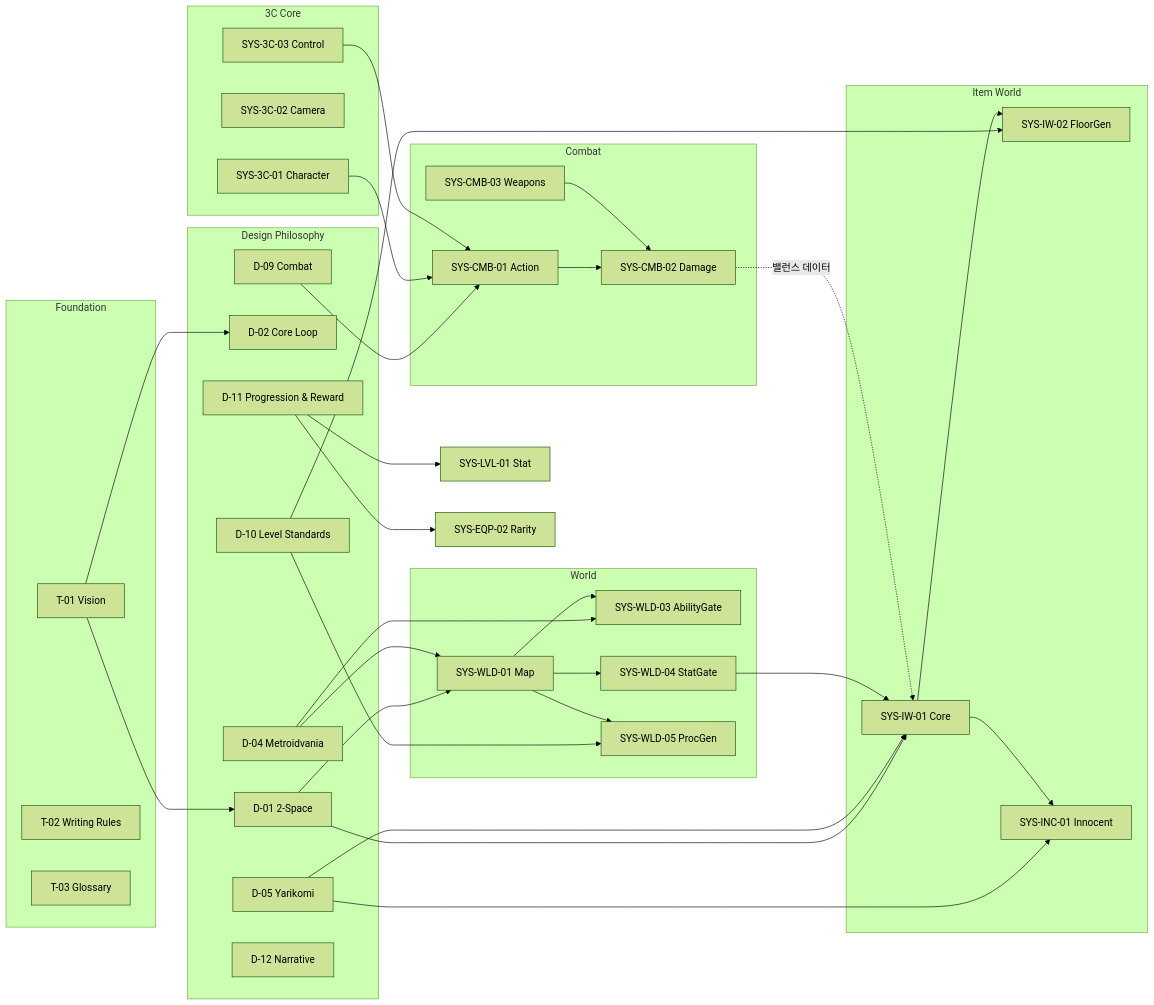
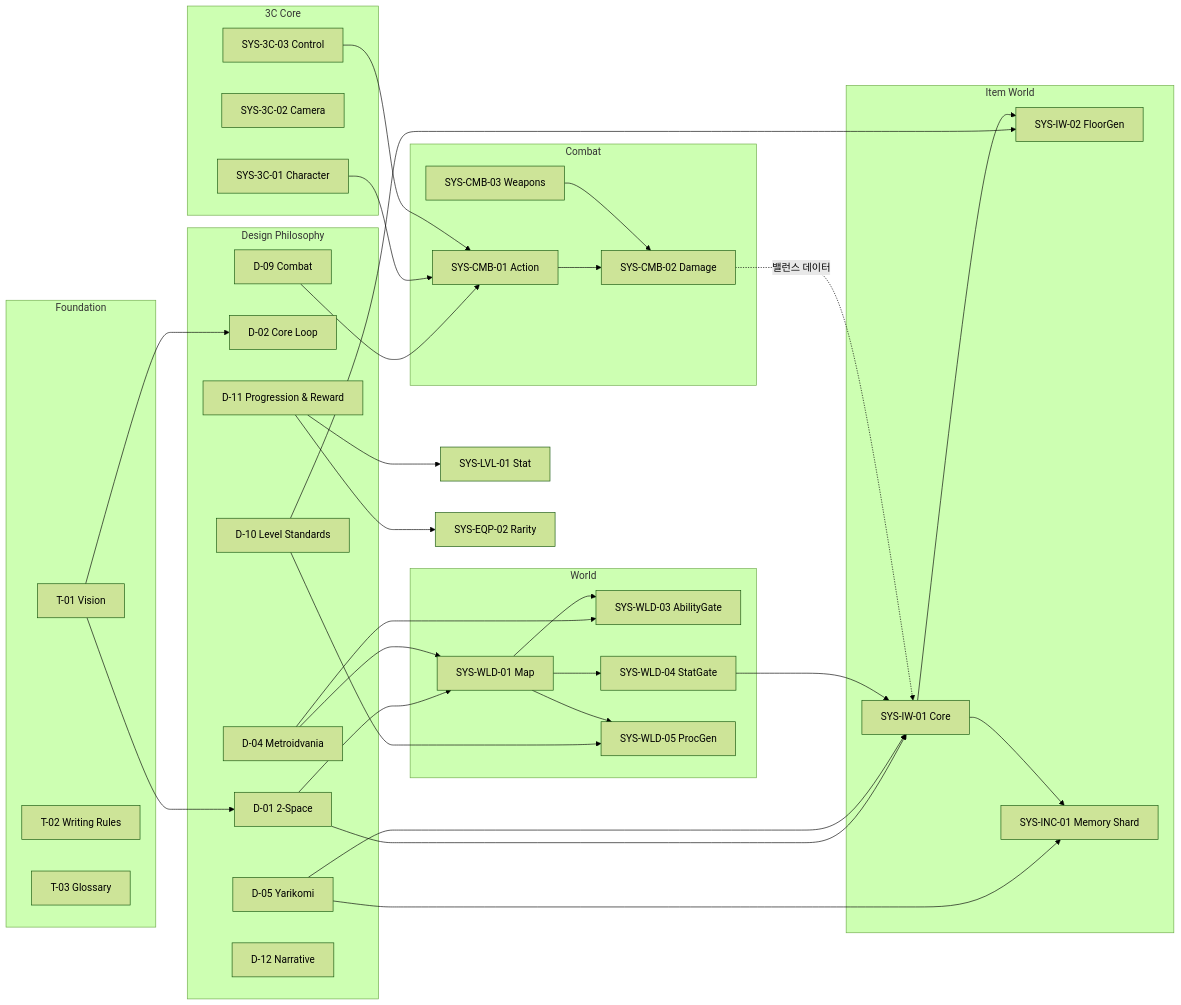
Before and after one commit to Biskraft/ProjectAbyss: the second of 2 diagrams in Documents/Terms/Document_Index.md, drawn with Mermaid (forest theme). The commit also changed other lines of this file and 197 other files, not shown here.

First line of the commit message:
feat: DEC-036 Memory Shard 통합 + DEC-037 Ant Colony 토폴로지 + UX 폴리시

````diff
--- a/Documents/Terms/Document_Index.md
+++ b/Documents/Terms/Document_Index.md
@@ -482,74 +482,74 @@
 ```mermaid
 graph LR
     subgraph "Foundation"
         VISION[T-01 Vision]
         RULES[T-02 Writing Rules]
         GLOSSARY[T-03 Glossary]
     end
 
     subgraph "Design Philosophy"
         D01[D-01 2-Space]
         D02[D-02 Core Loop]
         D04[D-04 Metroidvania]
         D05[D-05 Yarikomi]
         D09[D-09 Combat]
         D10[D-10 Level Standards]
         D11[D-11 Progression & Reward]
         D12[D-12 Narrative]
     end
 
     subgraph "3C Core"
         3C1[SYS-3C-01 Character]
         3C2[SYS-3C-02 Camera]
         3C3[SYS-3C-03 Control]
     end
 
     subgraph "Combat"
         CMB1[SYS-CMB-01 Action]
         CMB2[SYS-CMB-02 Damage]
         CMB3[SYS-CMB-03 Weapons]
     end
 
     subgraph "World"
         WLD1[SYS-WLD-01 Map]
         WLD3[SYS-WLD-03 AbilityGate]
         WLD4[SYS-WLD-04 StatGate]
         WLD5[SYS-WLD-05 ProcGen]
     end
 
     subgraph "Item World"
         IW1[SYS-IW-01 Core]
         IW2[SYS-IW-02 FloorGen]
-        INC1[SYS-INC-01 Innocent]
+        INC1[SYS-INC-01 Memory Shard]
     end
 
     VISION --> D01
     VISION --> D02
     D01 --> WLD1
     D01 --> IW1
     D04 --> WLD1
     D04 --> WLD3
     D05 --> IW1
     D05 --> INC1
     D09 --> CMB1
     D10 --> WLD5
     D10 --> IW2
     D11 --> LVL1[SYS-LVL-01 Stat]
     D11 --> EQP2[SYS-EQP-02 Rarity]
 
     3C1 --> CMB1
     3C3 --> CMB1
     CMB1 --> CMB2
     CMB3 --> CMB2
 
     WLD1 --> WLD5
     WLD1 --> WLD3
     WLD1 --> WLD4
 
     IW1 --> IW2
     IW1 --> INC1
 
     WLD4 --> IW1
 
     CMB2 -.->|밸런스 데이터| IW1
 ```
````
